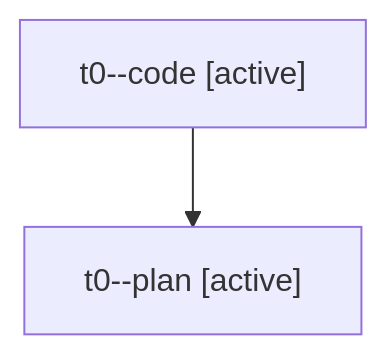
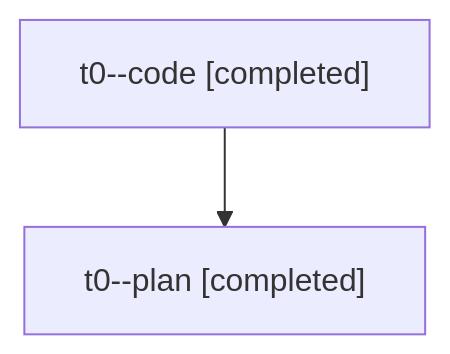
Before and after one commit to sase-org/sase--agents: the diagram in families/bbugyi200.athena.t0.md, drawn with Mermaid. The commit also changed other lines of this file and 12 other files, not shown here.

````diff
--- a/families/bbugyi200.athena.t0.md
+++ b/families/bbugyi200.athena.t0.md
@@ -9,6 +9,6 @@
 ```mermaid
 flowchart TD
-  n0["t0--code [active]"]
-  n1["t0--plan [active]"]
+  n0["t0--code [completed]"]
+  n1["t0--plan [completed]"]
   n0 --> n1
 ```
````
